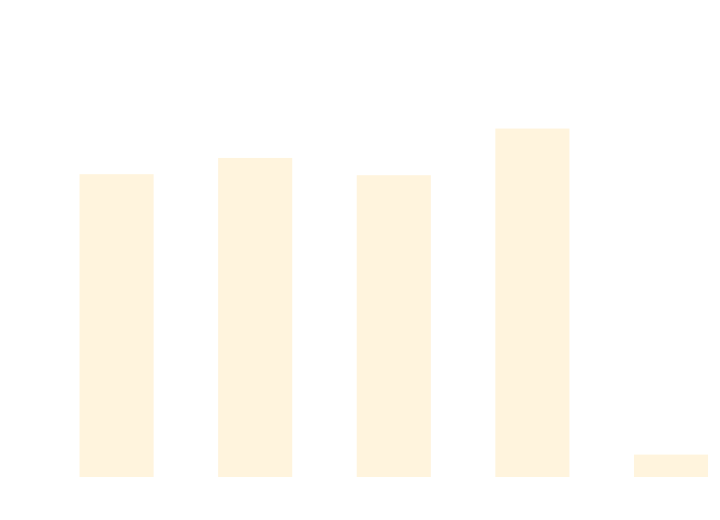
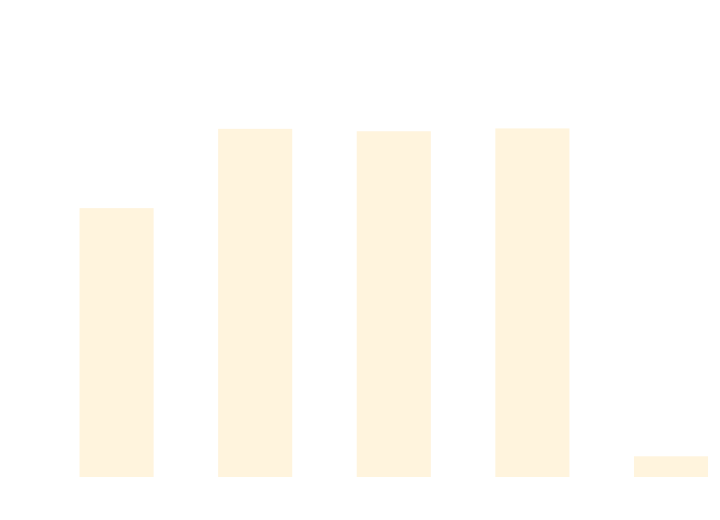
The diagram in docs/docs/benchmarks/DataDrivenTests.md (thomhurst/TUnit), drawn with Mermaid before and after one commit. The commit also changed other lines of this file and 17 other files, not shown here.

````diff
--- a/docs/docs/benchmarks/DataDrivenTests.md
+++ b/docs/docs/benchmarks/DataDrivenTests.md
@@ -27,37 +27,37 @@
 ```mermaid
 %%{init: {
   'theme':'base',
   'themeVariables': {
     'primaryColor': '#2563eb',
     'primaryTextColor': '#ffffff',
     'primaryBorderColor': '#1e40af',
     'lineColor': '#6b7280',
     'secondaryColor': '#7c3aed',
     'tertiaryColor': '#dc2626',
     'background': '#ffffff',
     'mainBkg': '#2563eb',
     'secondBkg': '#7c3aed',
     'tertiaryBkg': '#dc2626',
     'clusterBkg': '#f3f4f6',
     'edgeLabelBackground': '#ffffff',
     'tertiaryTextColor': '#1f2937',
     'pie1': '#2563eb',
     'pie2': '#7c3aed',
     'pie3': '#dc2626',
     'pie4': '#f59e0b',
     'pie5': '#10b981',
     'pie6': '#06b6d4',
     'pie7': '#ec4899',
     'pie8': '#6366f1',
     'pie9': '#84cc16',
     'pie10': '#f97316',
     'pie11': '#14b8a6',
     'pie12': '#a855f7'
   }
 }}%%
 xychart-beta
   title "DataDrivenTests Performance Comparison"
   x-axis ["TUnit", "NUnit", "MSTest", "xUnit3", "TUnit_AOT"]
-  y-axis "Time (ms)" 0 --> 681
-  bar [490.86, 517.92, 489.16, 566.85, 23.98]
+  y-axis "Time (ms)" 0 --> 825
+  bar [526.18, 686.15, 681.3, 686.97, 25.63]
 ```
````
